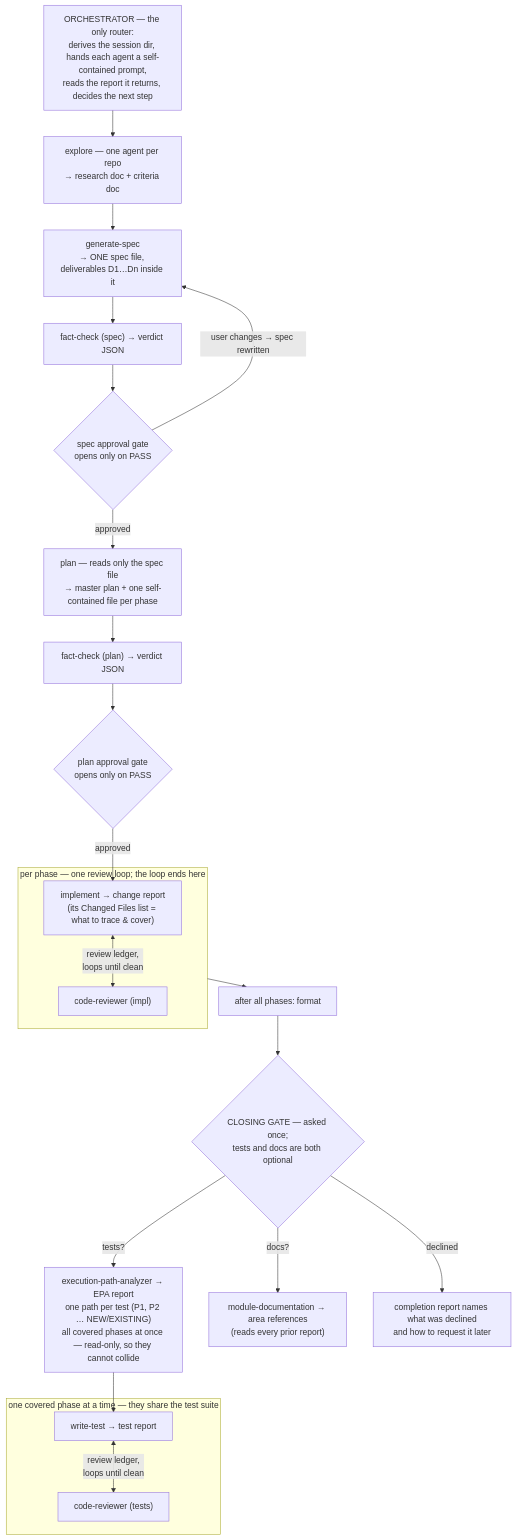
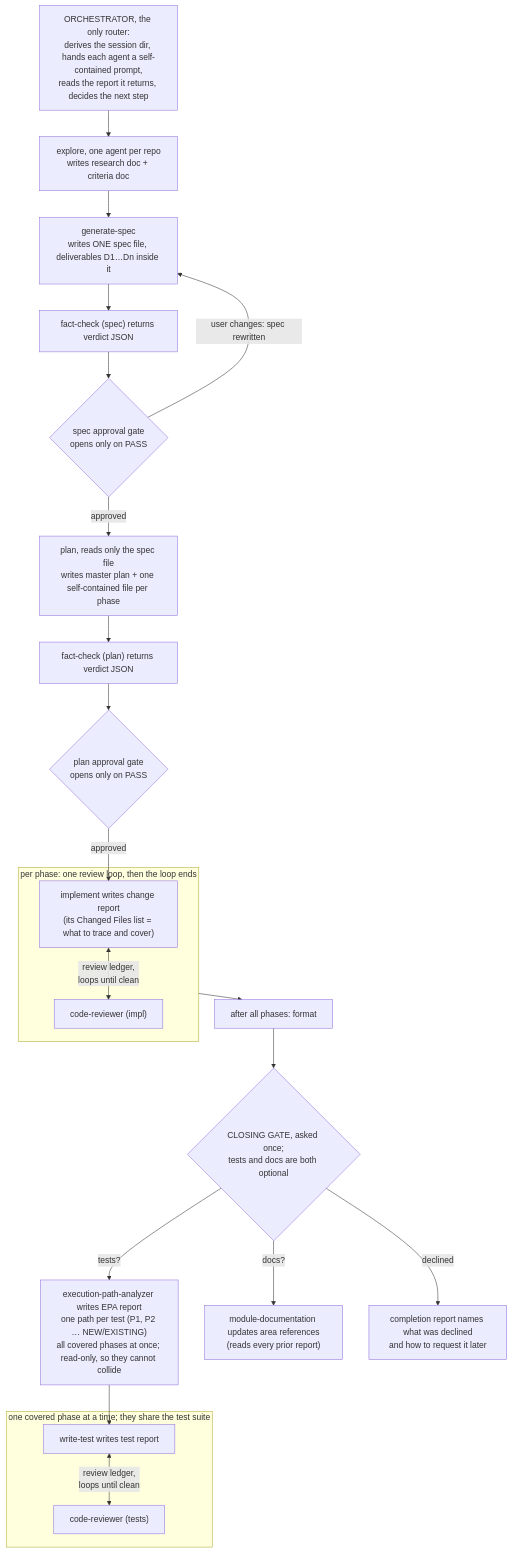
The third of 3 diagrams in docs/architecture.md (diepquynh/ultracode), drawn with Mermaid before and after one commit. The commit also changed other lines of this file and 36 other files, not shown here.

````diff
--- a/docs/architecture.md
+++ b/docs/architecture.md
@@ -184,27 +176,27 @@
 ```mermaid
 flowchart TD
-    ORCH["ORCHESTRATOR — the only router:<br/>derives the session dir, hands each agent a self-contained prompt,<br/>reads the report it returns, decides the next step"]
-    ORCH --> EXPLORE["explore — one agent per repo<br/>→ research doc + criteria doc"]
-    EXPLORE --> SPEC["generate-spec<br/>→ ONE spec file, deliverables D1…Dn inside it"]
-    SPEC --> FC1["fact-check (spec) → verdict JSON"]
+    ORCH["ORCHESTRATOR, the only router:<br/>derives the session dir, hands each agent a self-contained prompt,<br/>reads the report it returns, decides the next step"]
+    ORCH --> EXPLORE["explore, one agent per repo<br/>writes research doc + criteria doc"]
+    EXPLORE --> SPEC["generate-spec<br/>writes ONE spec file, deliverables D1…Dn inside it"]
+    SPEC --> FC1["fact-check (spec) returns verdict JSON"]
     FC1 --> G1{"spec approval gate<br/>opens only on PASS"}
-    G1 -- "user changes → spec rewritten" --> SPEC
-    G1 -- approved --> PLAN["plan — reads only the spec file<br/>→ master plan + one self-contained file per phase"]
-    PLAN --> FC2["fact-check (plan) → verdict JSON"]
+    G1 -- "user changes: spec rewritten" --> SPEC
+    G1 -- approved --> PLAN["plan, reads only the spec file<br/>writes master plan + one self-contained file per phase"]
+    PLAN --> FC2["fact-check (plan) returns verdict JSON"]
     FC2 --> G2{"plan approval gate<br/>opens only on PASS"}
     G2 -- approved --> IMPL
-    subgraph PHASELOOP["per phase — one review loop; the loop ends here"]
-        IMPL["implement → change report<br/>(its Changed Files list = what to trace & cover)"]
+    subgraph PHASELOOP["per phase: one review loop, then the loop ends"]
+        IMPL["implement writes change report<br/>(its Changed Files list = what to trace and cover)"]
         IMPL <-- "review ledger,<br/>loops until clean" --> CR1["code-reviewer (impl)"]
     end
     PHASELOOP --> FORMAT["after all phases: format"]
-    FORMAT --> CLOSING{"CLOSING GATE — asked once;<br/>tests and docs are both optional"}
-    CLOSING -- "tests?" --> EPA["execution-path-analyzer → EPA report<br/>one path per test (P1, P2 … NEW/EXISTING)<br/>all covered phases at once — read-only, so they cannot collide"]
+    FORMAT --> CLOSING{"CLOSING GATE, asked once;<br/>tests and docs are both optional"}
+    CLOSING -- "tests?" --> EPA["execution-path-analyzer writes EPA report<br/>one path per test (P1, P2 … NEW/EXISTING)<br/>all covered phases at once; read-only, so they cannot collide"]
     EPA --> WT
-    subgraph TESTLOOP["one covered phase at a time — they share the test suite"]
-        WT["write-test → test report"]
+    subgraph TESTLOOP["one covered phase at a time; they share the test suite"]
+        WT["write-test writes test report"]
         WT <-- "review ledger,<br/>loops until clean" --> CR2["code-reviewer (tests)"]
     end
-    CLOSING -- "docs?" --> MDOC["module-documentation → area references<br/>(reads every prior report)"]
+    CLOSING -- "docs?" --> MDOC["module-documentation updates area references<br/>(reads every prior report)"]
     CLOSING -- declined --> DONE["completion report names what was declined<br/>and how to request it later"]
 ```
````
